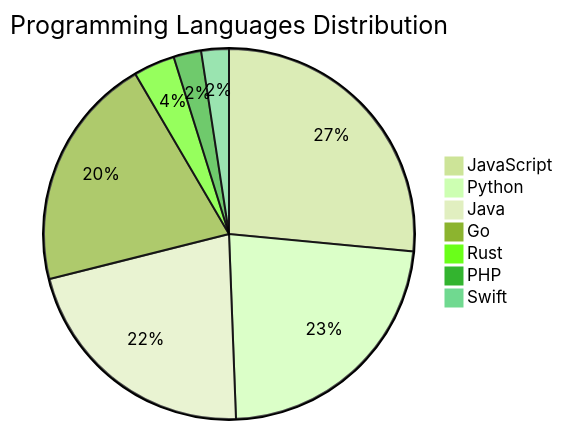
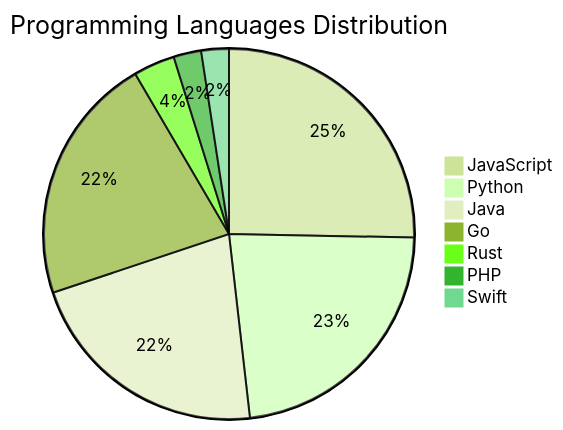
One commit to Derrick-MUGISHA/github-activity-bot changed the diagram in README.md. Above: the diagram before and after it, drawn with Mermaid (forest theme). The commit also changed other lines of this file and 3 other files, not shown here.

````diff
--- a/README.md
+++ b/README.md
@@ -73,10 +73,10 @@
 ```mermaid
 pie title Programming Languages Distribution
-    "JavaScript" : 22
+    "JavaScript" : 21
     "Python" : 19
     "Java" : 18
-    "Go" : 17
+    "Go" : 18
     "Rust" : 3
     "PHP" : 2
     "Swift" : 2
 ```
````
